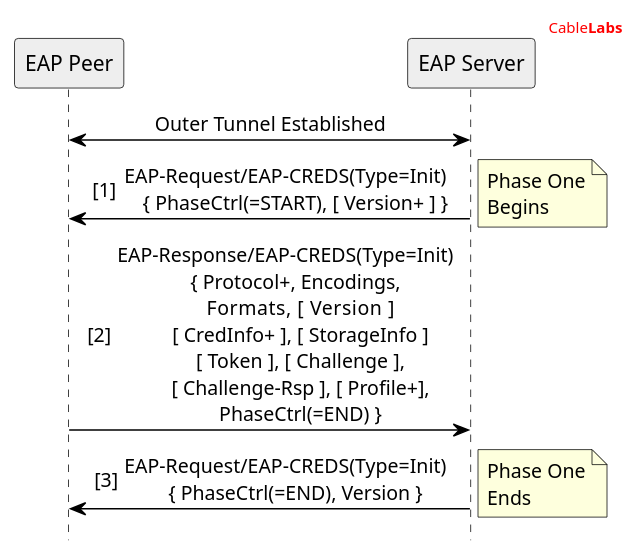
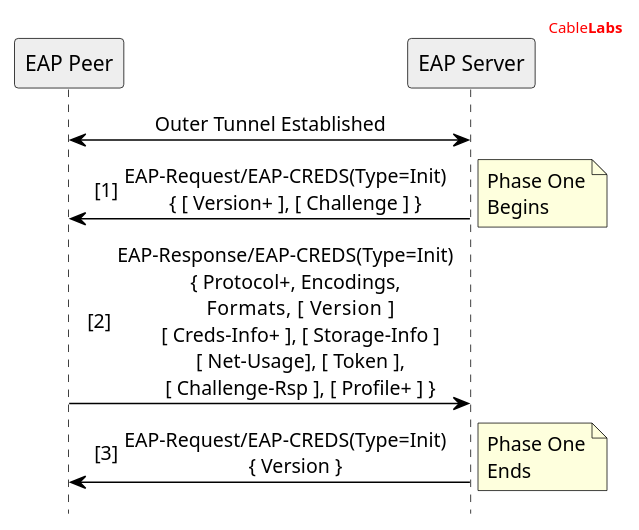
Before and after one commit to openca/eap-creds: the diagram in UML/EAP-CREDS Phase One Flow.puml, drawn with PlantUML. The commit also changed 6 other files, not shown here.

```diff
--- a/UML/EAP-CREDS Phase One Flow.puml
+++ b/UML/EAP-CREDS Phase One Flow.puml
@@ -2,42 +2,42 @@
 @startuml
 
 '' header information
 header
 <font color="red">Cable<b>Labs</b></font>
 endheader
 
 '' Use this to hide the foot boxes
 hide footbox
 
 skinparam sequenceMessageAlign center
 skinparam NoteBorderColor black
 '' skinparam BackgroundColor #ddd
 
 ''skinparam shadowing<<no_shadow>> true
 ''skinparam shadowing<<with_shadow>> false
 
 skinparam sequence {
 	borderColor black
 	ArrowColor black
 	ActorBorderColor black
 	ParticipantBorderColor black
 	LifeLineBorderColor black
 	LifeLineBackgroundColor white
 }
 
 '' Participants Declaration
 Participant "EAP Peer" as P #eee
 Participant "EAP Server" as S #eee
 
 P<->S: Outer Tunnel Established
 
 autonumber 1 "[##]"
-S->P: EAP-Request/EAP-CREDS(Type=Init)\n    { PhaseCtrl(=START), [ Version+ ] }
+S->P: EAP-Request/EAP-CREDS(Type=Init)\n    { [ Version+ ], [ Challenge ] }
 note right: Phase One\nBegins
 
-P->S: EAP-Response/EAP-CREDS(Type=Init)\n    { Protocol+, Encodings,\n      Formats, [  Version  ]\n      [ CredInfo+ ], [ StorageInfo ]\n      [ Token ], [ Challenge ],\n      [ Challenge-Rsp ], [ Profile+],\n      PhaseCtrl(=END) }
+P->S: EAP-Response/EAP-CREDS(Type=Init)\n    { Protocol+, Encodings,\n      Formats, [  Version  ]\n      [ Creds-Info+ ], [ Storage-Info ]\n      [ Net-Usage], [ Token ],\n      [ Challenge-Rsp ], [ Profile+ ] }
 
-S->P: EAP-Request/EAP-CREDS(Type=Init)\n    { PhaseCtrl(=END), Version }
+S->P: EAP-Request/EAP-CREDS(Type=Init)\n    { Version }
 note right: Phase One\nEnds
 
 @enduml
```
